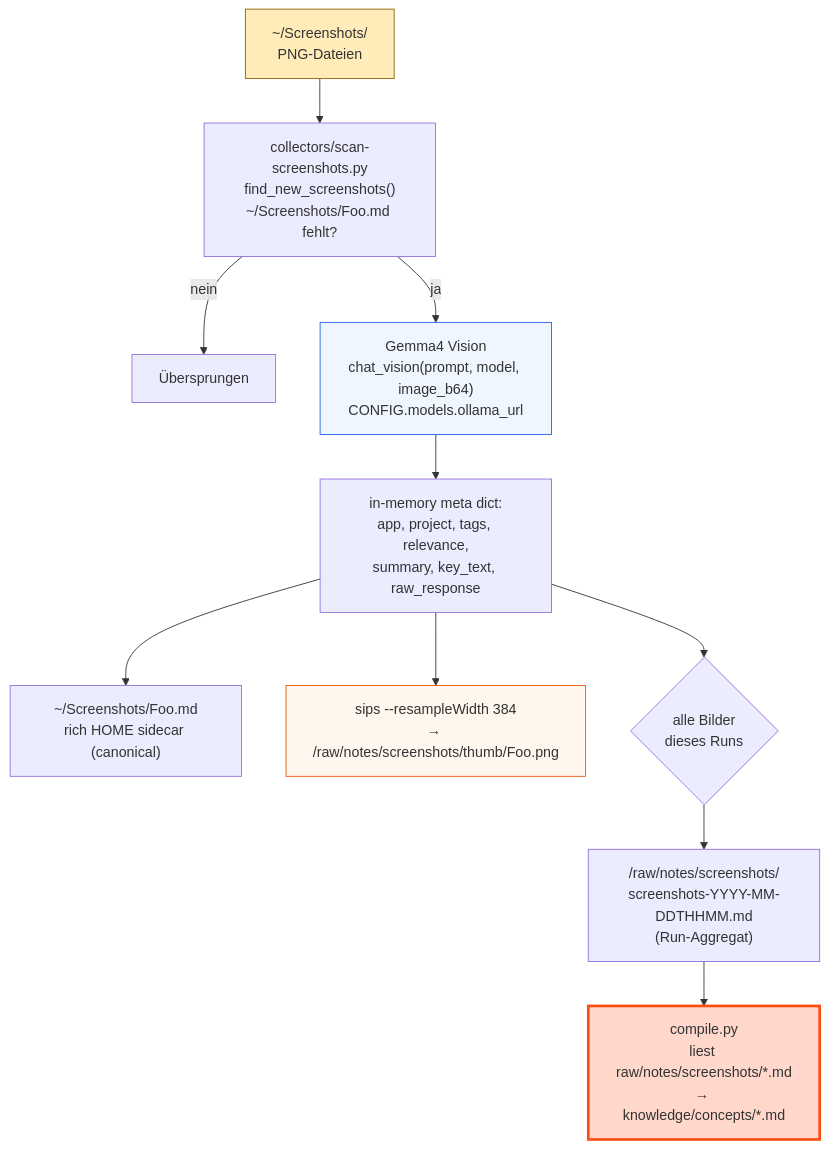
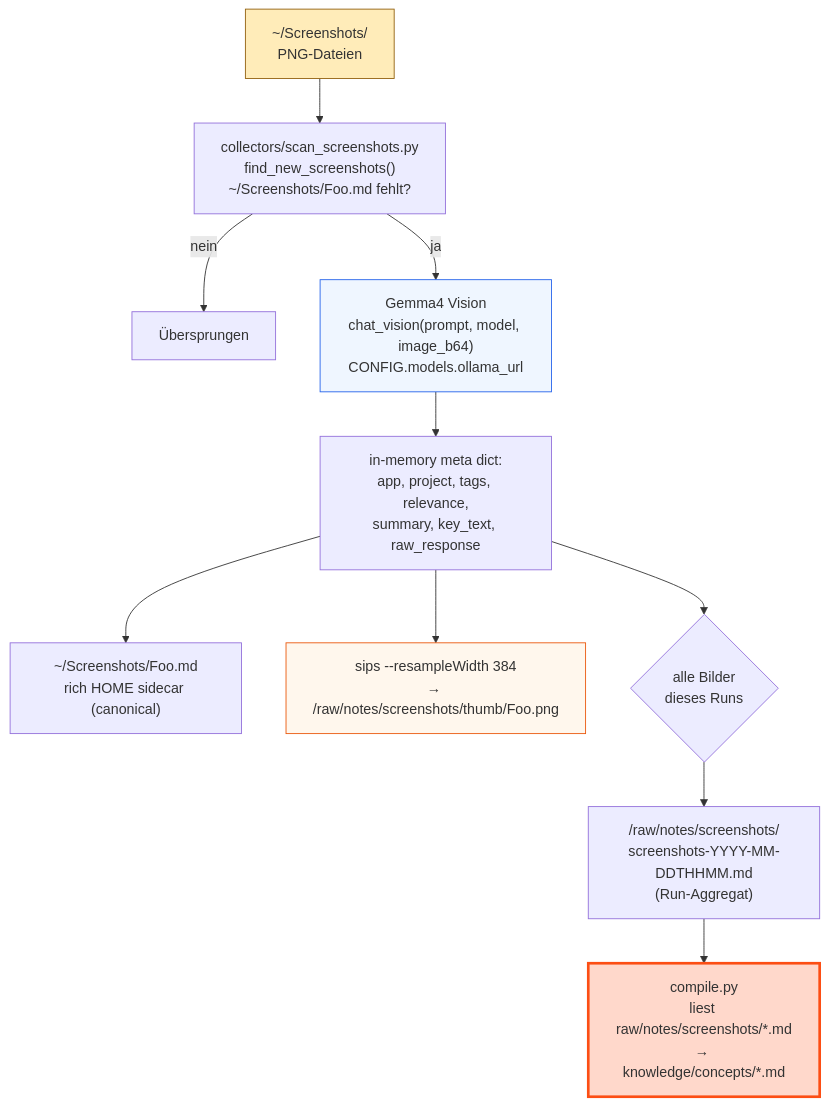
Before and after one commit to lx-0/llm-wiki: the eighth of 10 diagrams in docs/PROCESS.md, drawn with Mermaid. The commit also changed other lines of this file and 11 other files, not shown here.

First line of the commit message:
feat(collectors): port scan-screenshots + ship config-key migration

````diff
--- a/docs/PROCESS.md
+++ b/docs/PROCESS.md
@@ -713,18 +714,18 @@
 ```mermaid
 flowchart TD
     DIR["~/Screenshots/\nPNG-Dateien"]
-    DIR --> SCAN["collectors/scan-screenshots.py\nfind_new_screenshots()\n~/Screenshots/Foo.md fehlt?"]
+    DIR --> SCAN["collectors/scan_screenshots.py\nfind_new_screenshots()\n~/Screenshots/Foo.md fehlt?"]
     SCAN -->|nein| SKIP["Übersprungen"]
     SCAN -->|ja| VISION["Gemma4 Vision\nchat_vision(prompt, model, image_b64)\nCONFIG.models.ollama_url"]
     VISION --> META["in-memory meta dict:\napp, project, tags, relevance,\nsummary, key_text, raw_response"]
     META --> SIDECAR["~/Screenshots/Foo.md\nrich HOME sidecar (canonical)"]
     META --> THUMB["sips --resampleWidth 384\n→ <vault>/raw/notes/screenshots/thumb/Foo.png"]
     META --> AGG{"alle Bilder\ndieses Runs"}
     AGG --> REPORT["<vault>/raw/notes/screenshots/\nscreenshots-YYYY-MM-DDTHHMM.md\n(Run-Aggregat)"]
     REPORT --> COMPILE["compile.py\nliest raw/notes/screenshots/*.md\n→ knowledge/concepts/*.md"]
 
     style DIR fill:#FFECB9,stroke:#92610F
     style VISION fill:#EFF6FF,stroke:#2563EB
     style THUMB fill:#FFF7ED,stroke:#EA580C
     style COMPILE fill:#FFD8CB,stroke:#FC4E14,stroke-width:3px
 ```
````
